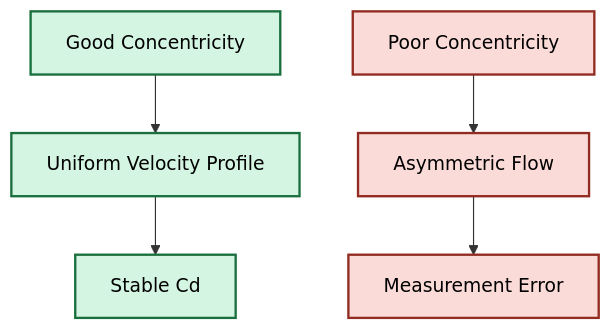
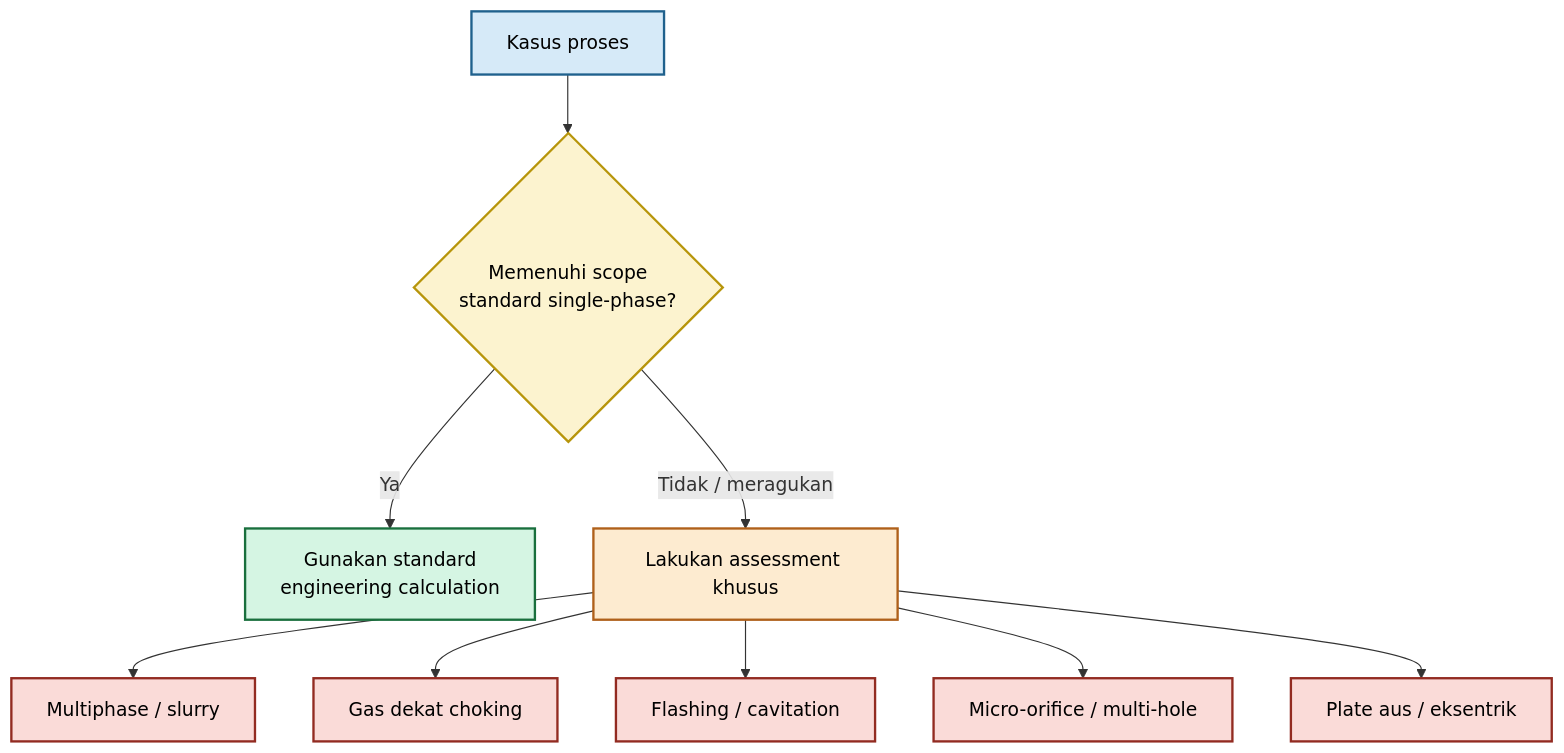
One commit to slametsampon/mx-core changed the second of 18 diagrams in plugins/mx-core-docs/src/content/blog/maintenance/elins/orifice-plate.mdx. Above: the diagram before and after it, drawn with Mermaid. The commit also changed other lines of this file and 4 other files, not shown here.

Commit message:
mx-core-docs: update orifice-plate

````diff
--- a/plugins/mx-core-docs/src/content/blog/maintenance/elins/orifice-plate.mdx
+++ b/plugins/mx-core-docs/src/content/blog/maintenance/elins/orifice-plate.mdx
@@ -451,10 +610,28 @@
 ```mermaid
-flowchart TB
+flowchart TD
+    A["Kasus proses"]:::start
+    B{"Memenuhi scope<br/>standard single-phase?"}:::decision
+    C["Gunakan standard<br/>engineering calculation"]:::good
+    D["Lakukan assessment khusus"]:::warn
 
-A["Good Concentricity"]:::good --> B["Uniform Velocity Profile"]:::good --> C["Stable Cd"]:::good
+    E["Multiphase / slurry"]:::risk
+    F["Gas dekat choking"]:::risk
+    G["Flashing / cavitation"]:::risk
+    H["Micro-orifice / multi-hole"]:::risk
+    I["Plate aus / eksentrik"]:::risk
 
-D["Poor Concentricity"]:::bad --> E["Asymmetric Flow"]:::bad --> F["Measurement Error"]:::bad
+    A --> B
+    B -->|"Ya"| C
+    B -->|"Tidak / meragukan"| D
+    D --> E
+    D --> F
+    D --> G
+    D --> H
+    D --> I
 
-classDef good fill:#D5F5E3,color:#000,stroke:#196F3D,stroke-width:2px;
-classDef bad fill:#FADBD8,color:#000,stroke:#922B21,stroke-width:2px;
+    classDef start fill:#D6EAF8,stroke:#1F618D,color:#000,stroke-width:2px;
+    classDef decision fill:#FCF3CF,stroke:#B7950B,color:#000,stroke-width:2px;
+    classDef good fill:#D5F5E3,stroke:#196F3D,color:#000,stroke-width:2px;
+    classDef warn fill:#FDEBD0,stroke:#AF601A,color:#000,stroke-width:2px;
+    classDef risk fill:#FADBD8,stroke:#922B21,color:#000,stroke-width:2px;
 ```
````
